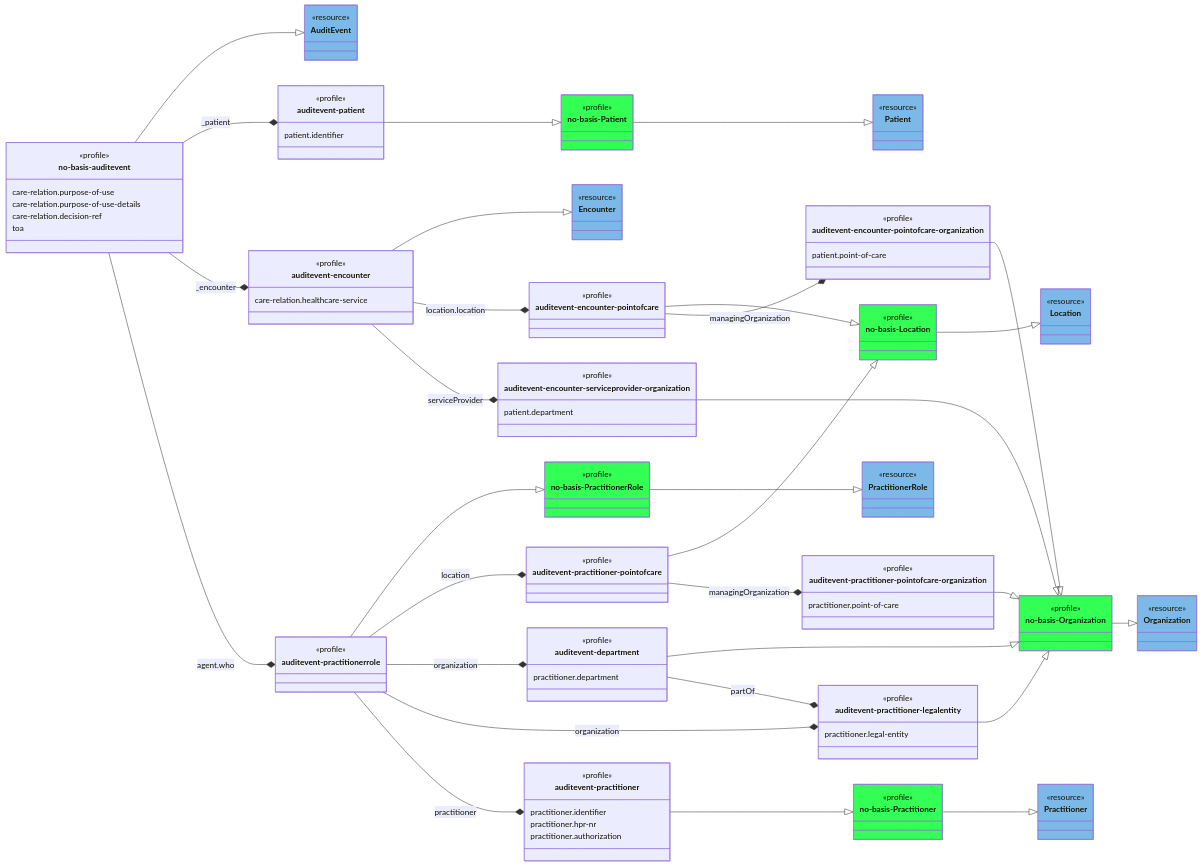
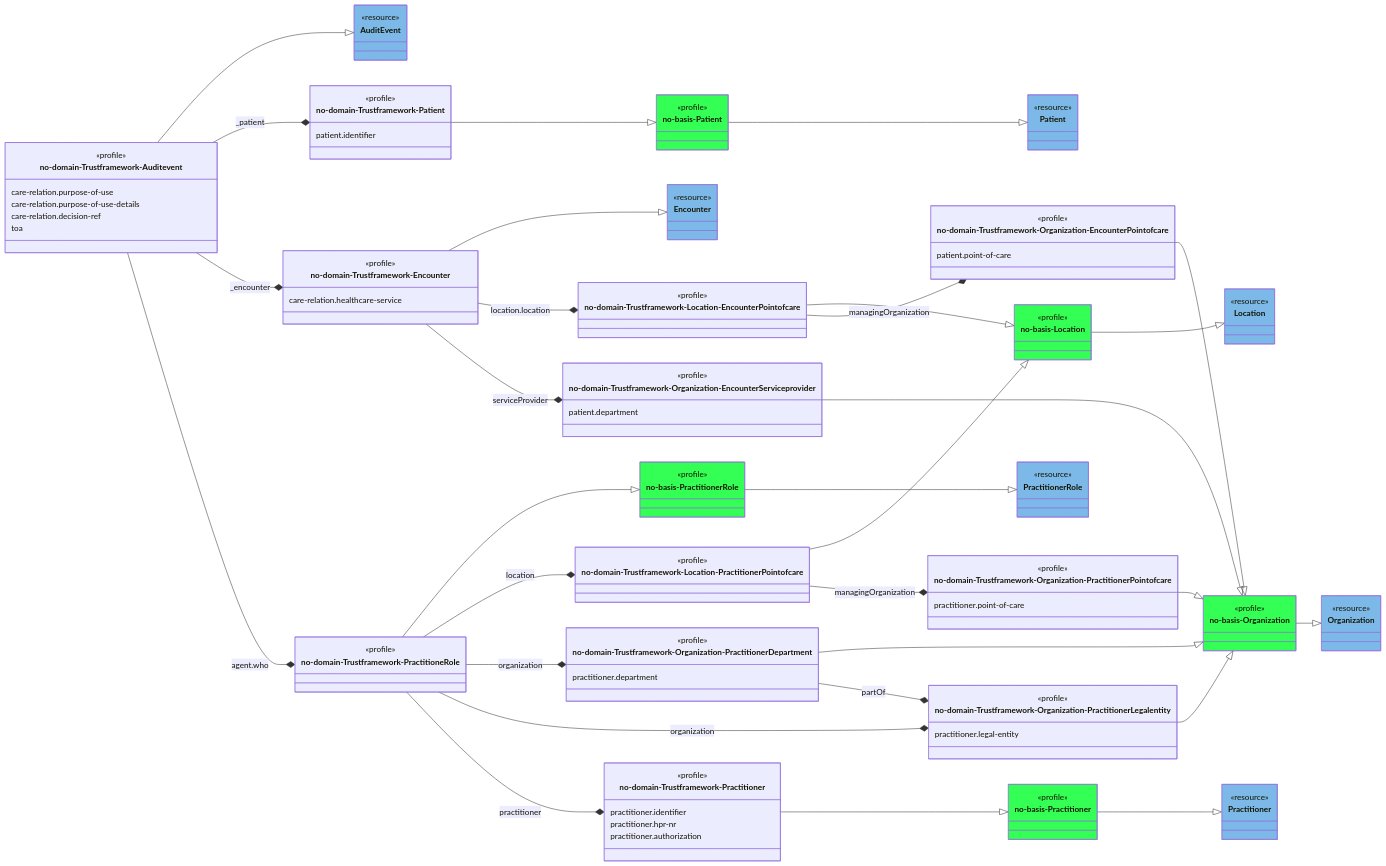
Before and after one commit to HL7Norway/AuditEvent: the diagram in AuditEvent/input/images/AuditEvent-ClassDiagram.mmd, drawn with Mermaid. The commit also changed 11 other files, not shown here.

Commit message:
Rename from no-basis to no-domain

```diff
--- a/AuditEvent/input/images/AuditEvent-ClassDiagram.mmd
+++ b/AuditEvent/input/images/AuditEvent-ClassDiagram.mmd
@@ -1,136 +1,138 @@
 classDiagram
    direction RL
+
    class AuditEvent { <<resource>>  }
    style AuditEvent fill:#7CB9E8
    class Practitioner { <<resource>> }
    style Practitioner fill:#7CB9E8   
    class PractitionerRole { <<resource>> }
    style PractitionerRole fill:#7CB9E8      
    class Organization { <<resource>> }
    style Organization fill:#7CB9E8         
    class Location { <<resource>> }
    style Location fill:#7CB9E8        
    class Patient { <<resource>> }
    style Patient fill:#7CB9E8           
    class Encounter { <<resource>> }
    style Encounter fill:#7CB9E8 
   
  
    class no_basis_Patient["no-basis-Patient"]  {<<profile>>}
    class no_basis_Location["no-basis-Location"] {<<profile>>}
    class no_basis_PractitionerRole["no-basis-PractitionerRole"] {<<profile>>}
    class no_basis_Organization["no-basis-Organization"] {<<profile>>}
    class no_basis_Practitioner["no-basis-Practitioner"] {<<profile>>}
    style no_basis_Practitioner fill:#33FF55 
    style no_basis_Patient fill:#33FF55 
    style no_basis_Location fill:#33FF55 
    style no_basis_Organization fill:#33FF55     
    style no_basis_PractitionerRole fill:#33FF55     
                
-   class no-basis-auditevent {
+   class no-domain-Trustframework-Auditevent {
      <<profile>>
      care-relation.purpose-of-use
      care-relation.purpose-of-use-details
      care-relation.decision-ref     
      toa
    }
   
 
-   class auditevent-practitionerrole  {<<profile>>}
-   class auditevent-department { 
+   class no-domain-Trustframework-PractitioneRole  {<<profile>>}
+   class no-domain-Trustframework-Organization-PractitionerDepartment { 
      <<profile>>
      practitioner.department
    }   
   
 
-   class auditevent-practitioner  {
+   class no-domain-Trustframework-Practitioner  {
      <<profile>>
      practitioner.identifier
      practitioner.hpr-nr
      practitioner.authorization
    }
 
-   class auditevent-practitioner-legalentity {
+   class no-domain-Trustframework-Organization-PractitionerLegalentity {
      <<profile>>
      practitioner.legal-entity
    }
-   class auditevent-practitioner-pointofcare {<<profile>>}
-   class auditevent-practitioner-pointofcare-organization {
+   class no-domain-Trustframework-Location-PractitionerPointofcare {<<profile>>}
+   class no-domain-Trustframework-Organization-PractitionerPointofcare {
      <<profile>>
      practitioner.point-of-care
    }
-   class auditevent-encounter {
+   class no-domain-Trustframework-Encounter {
      <<profile>>
      care-relation.healthcare-service
    }
-   class auditevent-patient {
+   class no-domain-Trustframework-Patient {
      <<profile>>
      patient.identifier
    }
 
-   class auditevent-encounter-pointofcare {<<profile>>}
-   class auditevent-encounter-pointofcare-organization {
+   class no-domain-Trustframework-Location-EncounterPointofcare {<<profile>>}
+   class no-domain-Trustframework-Organization-EncounterPointofcare {
      <<profile>>
      patient.point-of-care     
    }
-   class auditevent-encounter-serviceprovider-organization {
+   class no-domain-Trustframework-Organization-EncounterServiceprovider {
      <<profile>>
      patient.department
    }
 
-   AuditEvent <|-- no-basis-auditevent 
-   no_basis_PractitionerRole <|-- auditevent-practitionerrole 
-   no_basis_Practitioner <|-- auditevent-practitioner
-   no_basis_Organization <|-- auditevent-department   
-   no_basis_Organization <|-- auditevent-practitioner-legalentity
-   no_basis_Organization <|-- auditevent-encounter-pointofcare-organization
-   no_basis_Organization <|-- auditevent-practitioner-pointofcare-organization
-   no_basis_Organization <|-- auditevent-encounter-serviceprovider-organization
-   no_basis_Location <|-- auditevent-encounter-pointofcare
-   no_basis_Location <|-- auditevent-practitioner-pointofcare
+   AuditEvent <|-- no-domain-Trustframework-Auditevent 
+   no_basis_PractitionerRole <|-- no-domain-Trustframework-PractitioneRole 
+   no_basis_Practitioner <|-- no-domain-Trustframework-Practitioner
+   no_basis_Organization <|-- no-domain-Trustframework-Organization-PractitionerDepartment   
+   no_basis_Organization <|-- no-domain-Trustframework-Organization-PractitionerLegalentity
+   no_basis_Organization <|-- no-domain-Trustframework-Organization-EncounterPointofcare
+   no_basis_Organization <|-- no-domain-Trustframework-Organization-PractitionerPointofcare
+   no_basis_Organization <|-- no-domain-Trustframework-Organization-EncounterServiceprovider
+   no_basis_Location <|-- no-domain-Trustframework-Location-EncounterPointofcare
+   no_basis_Location <|-- no-domain-Trustframework-Location-PractitionerPointofcare
    Location <|-- no_basis_Location
-   no_basis_Patient <|-- auditevent-patient
+   no_basis_Patient <|-- no-domain-Trustframework-Patient
    Patient <|-- no_basis_Patient
-   Encounter <|-- auditevent-encounter
+   Encounter <|-- no-domain-Trustframework-Encounter
    PractitionerRole <|-- no_basis_PractitionerRole
    Organization <|-- no_basis_Organization
    Practitioner <|--  no_basis_Practitioner
   
-    auditevent-practitioner-pointofcare-organization *-- auditevent-practitioner-pointofcare : managingOrganization
-    auditevent-practitioner-legalentity *-- auditevent-department : partOf
-    auditevent-encounter-pointofcare *-- auditevent-encounter : location.location
-    auditevent-encounter-serviceprovider-organization *-- auditevent-encounter: serviceProvider
-    auditevent-encounter-pointofcare-organization *-- auditevent-encounter-pointofcare : managingOrganization
-    auditevent-practitioner-pointofcare *-- auditevent-practitionerrole  : location
-    auditevent-department *-- auditevent-practitionerrole  : organization
-    auditevent-practitioner-legalentity *-- auditevent-practitionerrole  : organization
-    auditevent-practitioner *-- auditevent-practitionerrole  : practitioner
-    auditevent-patient *-- no-basis-auditevent  : _patient
-    auditevent-encounter *-- no-basis-auditevent  : _encounter
-    auditevent-practitionerrole  *-- no-basis-auditevent  : agent.who
+    no-domain-Trustframework-Organization-PractitionerPointofcare *-- no-domain-Trustframework-Location-PractitionerPointofcare : managingOrganization
+    no-domain-Trustframework-Organization-PractitionerLegalentity *-- no-domain-Trustframework-Organization-PractitionerDepartment : partOf
+    no-domain-Trustframework-Location-EncounterPointofcare *-- no-domain-Trustframework-Encounter : location.location
+    no-domain-Trustframework-Organization-EncounterServiceprovider *-- no-domain-Trustframework-Encounter: serviceProvider
+    no-domain-Trustframework-Organization-EncounterPointofcare *-- no-domain-Trustframework-Location-EncounterPointofcare : managingOrganization
+    no-domain-Trustframework-Location-PractitionerPointofcare *-- no-domain-Trustframework-PractitioneRole  : location
+    no-domain-Trustframework-Organization-PractitionerDepartment *-- no-domain-Trustframework-PractitioneRole  : organization
+    no-domain-Trustframework-Organization-PractitionerLegalentity *-- no-domain-Trustframework-PractitioneRole  : organization
+    no-domain-Trustframework-Practitioner *-- no-domain-Trustframework-PractitioneRole  : practitioner
+    no-domain-Trustframework-Patient *-- no-domain-Trustframework-Auditevent  : _patient
+    no-domain-Trustframework-Encounter *-- no-domain-Trustframework-Auditevent  : _encounter
+    no-domain-Trustframework-PractitioneRole  *-- no-domain-Trustframework-Auditevent  : agent.who
     
     link AuditEvent "https://hl7.org/fhir/R4/auditevent.html" 
     link Practitioner "https://hl7.org/fhir/R4/practitioner.html" 
     link PractitionerRole "https://hl7.org/fhir/R4/practitionerrole.html" 
     link Organization "https://hl7.org/fhir/R4/organization.html" 
     link Location "https://hl7.org/fhir/R4/location.html" 
     link Patient  "https://hl7.org/fhir/R4/patient.html" 
     link Encounter "https://hl7.org/fhir/R4/encounter.html" 
+  
 
-    link no-basis-auditevent "StructureDefinition-no-basis-auditevent.html"
-    link auditevent-practitionerrole  "StructureDefinition-auditevent-practitionerrole.html"
-    link auditevent-department "StructureDefinition-auditevent-department.html"
-    link auditevent-practitioner "StructureDefinition-auditevent-practitioner.html"
-    link auditevent-practitioner-legalentity "StructureDefinition-auditevent-practitioner-legalentity.html"
-    link auditevent-practitioner-pointofcare "StructureDefinition-auditevent-practitioner-pointofcare.html"
-    link auditevent-practitioner-pointofcare-organization "StructureDefinition-auditevent-practitioner-pointofcare-organization.html"
-    link auditevent-encounter "StructureDefinition-auditevent-encounter.html"
-    link auditevent-patient "StructureDefinition-auditevent-patient.html"
-    link auditevent-encounter-pointofcare "StructureDefinition-auditevent-encounter-pointofcare.html"
-    link auditevent-encounter-pointofcare-organization "StructureDefinition-auditevent-encounter-pointofcare-organization.html"
-    link auditevent-encounter-serviceprovider-organization "StructureDefinition-auditevent-encounter-serviceprovider-organization.html"
+    link no-domain-Trustframework-Auditevent "StructureDefinition-no-domain-Trustframework-Auditevent.html"
+    link no-domain-Trustframework-PractitioneRole  "StructureDefinition-no-domain-Trustframework-PractitioneRole.html"
+    link no-domain-Trustframework-Organization-PractitionerDepartment "StructureDefinition-no-domain-Trustframework-Organization-PractitionerDepartment.html"
+    link no-domain-Trustframework-Practitioner "StructureDefinition-no-domain-Trustframework-Practitioner.html"
+    link no-domain-Trustframework-Organization-PractitionerLegalentity "StructureDefinition-no-domain-Trustframework-Organization-PractitionerLegalentity.html"
+    link no-domain-Trustframework-Location-PractitionerPointofcare "StructureDefinition-no-domain-Trustframework-Location-PractitionerPointofcare.html"
+    link no-domain-Trustframework-Organization-PractitionerPointofcare "StructureDefinition-no-domain-Trustframework-Organization-PractitionerPointofcare.html"
+    link no-domain-Trustframework-Encounter "StructureDefinition-no-domain-Trustframework-Encounter.html"
+    link no-domain-Trustframework-Patient "StructureDefinition-no-domain-Trustframework-Patient.html"
+    link no-domain-Trustframework-Location-EncounterPointofcare "StructureDefinition-no-domain-Trustframework-Location-EncounterPointofcare.html"
+    link no-domain-Trustframework-Organization-EncounterPointofcare "StructureDefinition-no-domain-Trustframework-Organization-EncounterPointofcare.html"
+    link no-domain-Trustframework-Organization-EncounterServiceprovider "StructureDefinition-no-domain-Trustframework-Organization-EncounterServiceprovider.html"
     link no_basis_Patient "https://simplifier.net/hl7norwayno-basis/nobasispatient"
     link no_basis_Location "https://simplifier.net/hl7norwayno-basis/nobasislocation"
     link no_basis_PractitionerRole "https://simplifier.net/hl7norwayno-basis/nobasispractitionerrole"
     link no_basis_Organization "https://simplifier.net/hl7norwayno-basis/nobasisorganization"
     link no_basis_Practitioner "https://simplifier.net/hl7norwayno-basis/nobasispractitioner"
```
